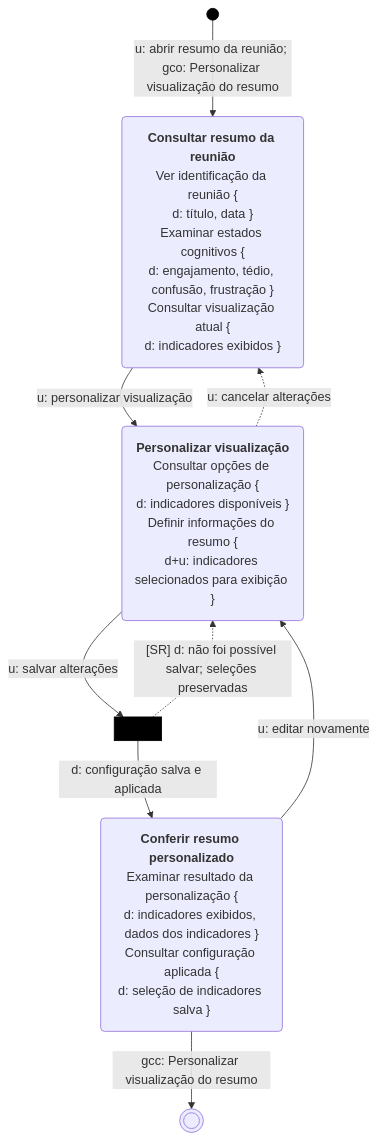
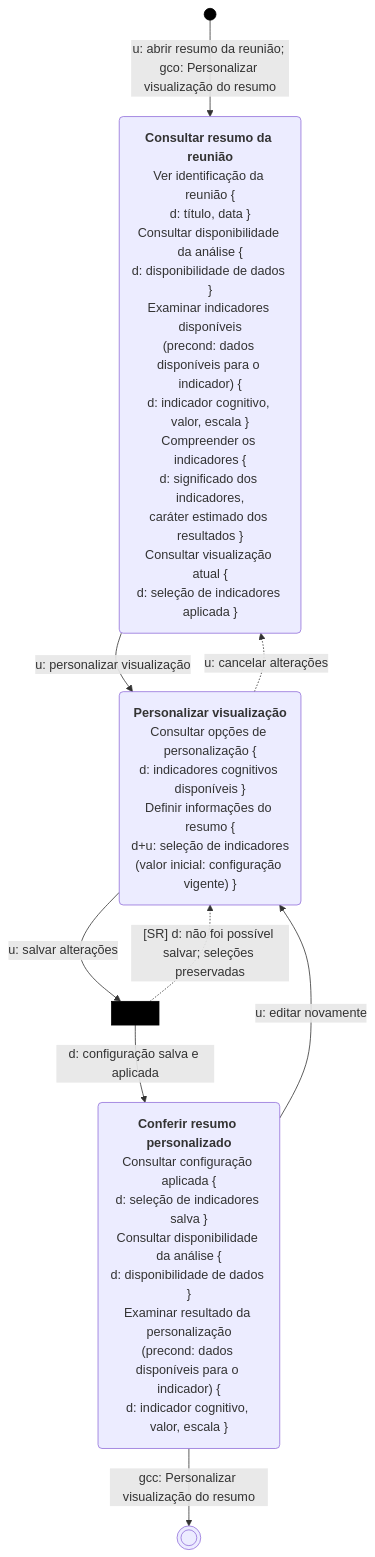
Before and after one commit to IsaRosseto/IHC_MindFlowAI: the diagram in docs/10_molic.md, drawn with Mermaid.

````diff
--- a/docs/10_molic.md
+++ b/docs/10_molic.md
@@ -36,49 +36,66 @@
 ``` mermaid
 flowchart TD
     INICIO((" "))
 
     CONSULTAR("`**Consultar resumo da reunião**
     Ver identificação da reunião {
     d: título, data }
-    Examinar estados cognitivos {
-    d: engajamento, tédio, confusão, frustração }
+
+    Consultar disponibilidade da análise {
+    d: disponibilidade de dados }
+
+    Examinar indicadores disponíveis
+    (precond: dados disponíveis para o indicador) {
+    d: indicador cognitivo, valor, escala }
+
+    Compreender os indicadores {
+    d: significado dos indicadores,
+    caráter estimado dos resultados }
+
     Consultar visualização atual {
-    d: indicadores exibidos }`")
+    d: seleção de indicadores aplicada }`")
 
     PERSONALIZAR("`**Personalizar visualização**
     Consultar opções de personalização {
-    d: indicadores disponíveis }
+    d: indicadores cognitivos disponíveis }
+
     Definir informações do resumo {
-    d+u: indicadores selecionados para exibição }`")
+    d+u: seleção de indicadores
+    (valor inicial: configuração vigente) }`")
 
     SALVAR[" "]
 
     CONFERIR("`**Conferir resumo personalizado**
-    Examinar resultado da personalização {
-    d: indicadores exibidos, dados dos indicadores }
     Consultar configuração aplicada {
-    d: seleção de indicadores salva }`")
+    d: seleção de indicadores salva }
+
+    Consultar disponibilidade da análise {
+    d: disponibilidade de dados }
+
+    Examinar resultado da personalização
+    (precond: dados disponíveis para o indicador) {
+    d: indicador cognitivo, valor, escala }`")
 
     FIM(((" ")))
 
     INICIO -->|"u: abrir resumo da reunião; gco: Personalizar visualização do resumo"| CONSULTAR
 
     CONSULTAR -->|"u: personalizar visualização"| PERSONALIZAR
 
     PERSONALIZAR -->|"u: salvar alterações"| SALVAR
 
     SALVAR -->|"d: configuração salva e aplicada"| CONFERIR
 
     SALVAR -.->|"[SR] d: não foi possível salvar; seleções preservadas"| PERSONALIZAR
 
     PERSONALIZAR -.->|"u: cancelar alterações"| CONSULTAR
 
     CONFERIR -->|"u: editar novamente"| PERSONALIZAR
 
     CONFERIR -->|"gcc: Personalizar visualização do resumo"| FIM
 
     classDef processo fill:#000000,stroke:#000000;
     classDef abertura fill:#000000,stroke:#000000;
     class SALVAR processo;
     class INICIO abertura;
 ```
````
